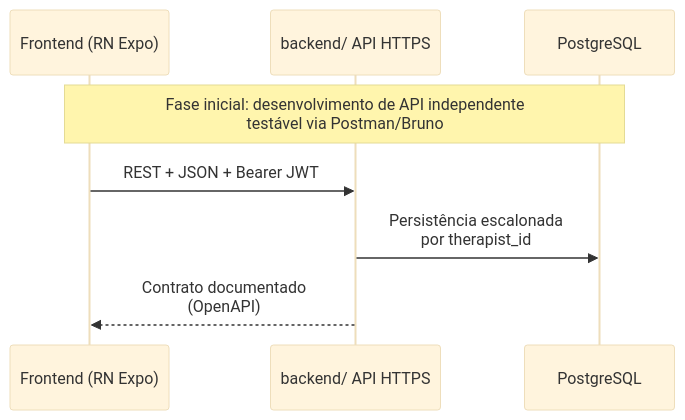
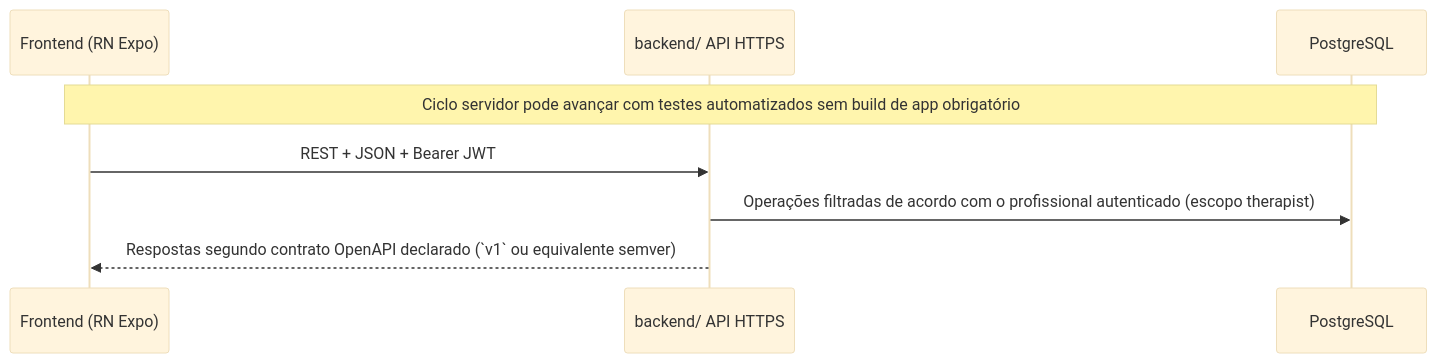
The diagram in docs/engenharia/repositorio-e-fluxo-desenvolvimento.md (Alancfops/senior-test-funcional), drawn with Mermaid (base theme) before and after one commit. The commit also changed other lines of this file and 14 other files, not shown here.

````diff
--- a/docs/engenharia/repositorio-e-fluxo-desenvolvimento.md
+++ b/docs/engenharia/repositorio-e-fluxo-desenvolvimento.md
@@ -108,12 +99,12 @@
 ```mermaid
 sequenceDiagram
     participant UX as Frontend (RN Expo)
     participant API as backend/ API HTTPS
     participant DB as PostgreSQL
 
-    Note over UX,DB: Fase inicial: desenvolvimento de API independente<br/>testável via Postman/Bruno
+    Note over UX,DB: Ciclo servidor pode avançar com testes automatizados sem build de app obrigatório
 
     UX->>API: REST + JSON + Bearer JWT
-    API->>DB: Persistência escalonada<br/>por therapist_id
-    API-->>UX: Contrato documentado<br/>(OpenAPI)
+    API->>DB: Operações filtradas de acordo com o profissional autenticado (escopo therapist)
+    API-->>UX: Respostas segundo contrato OpenAPI declarado (`v1` ou equivalente semver)
 ```
````
